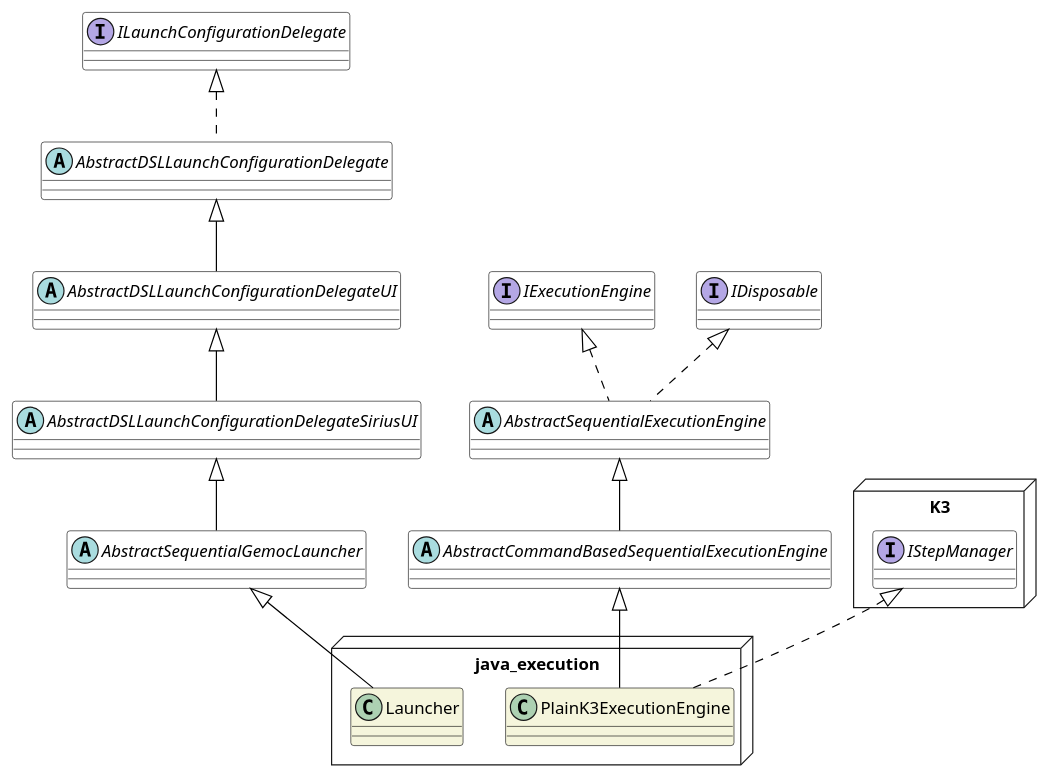
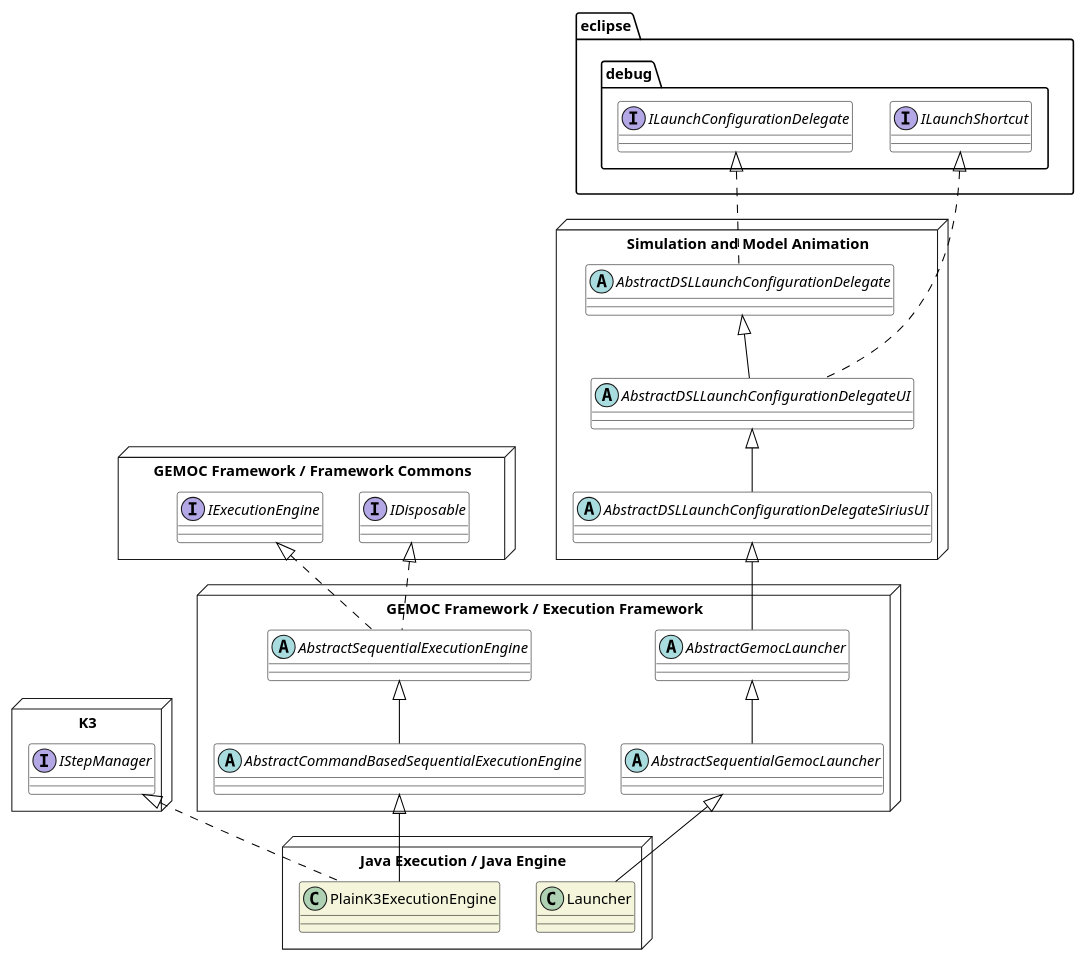
One commit to eclipse-gemoc/gemoc-studio-modeldebugging changed the diagram in framework/execution_framework/docs/dev/images/dev/ExecutionEngine_overview_CD.plantuml. Above: the diagram before and after it, drawn with PlantUML. The commit also changed 7 other files, not shown here.

```diff
--- a/framework/execution_framework/docs/dev/images/dev/ExecutionEngine_overview_CD.plantuml
+++ b/framework/execution_framework/docs/dev/images/dev/ExecutionEngine_overview_CD.plantuml
@@ -1,46 +1,59 @@
 @startuml
 skinparam class {
 	BackgroundColor White
 	ArrowColor Black
 	BorderColor Black
 }
 
 scale max 1024 width
 scale max 800 height
 
-package java_execution <<Node>> {
+package "Java Execution / Java Engine" as java_execution <<Node>> {
 	class PlainK3ExecutionEngine #beige {
 	}  
 	
 	class Launcher #beige {
 	}  
 }
 
 package K3 <<Node>> {
 	interface IStepManager
 }
 
-interface IDisposable
-interface IExecutionEngine
-interface ILaunchConfigurationDelegate
+package "GEMOC Framework / Framework Commons" as framework_commons <<Node>> {
+	interface IDisposable
+	interface IExecutionEngine
+}
+package eclipse.debug {
+	interface ILaunchConfigurationDelegate
+	interface ILaunchShortcut
+}
 
-abstract class AbstractSequentialExecutionEngine
-abstract class AbstractCommandBasedSequentialExecutionEngine
-abstract class AbstractDSLLaunchConfigurationDelegate
-abstract class AbstractDSLLaunchConfigurationDelegateUI
-abstract class AbstractDSLLaunchConfigurationDelegateSiriusUI
-abstract class AbstractSequentialGemocLauncher
+package "GEMOC Framework / Execution Framework" as execution_framework <<Node>> {
+	abstract class AbstractSequentialExecutionEngine
+	abstract class AbstractCommandBasedSequentialExecutionEngine	
+	abstract class AbstractSequentialGemocLauncher
+	abstract class AbstractGemocLauncher
+}
+package "Simulation and Model Animation" as simulation_model_animation <<Node>> {
+	abstract class AbstractDSLLaunchConfigurationDelegate
+	abstract class AbstractDSLLaunchConfigurationDelegateUI
+	abstract class AbstractDSLLaunchConfigurationDelegateSiriusUI
+}
+
 
 IDisposable <|.. AbstractSequentialExecutionEngine 
 IExecutionEngine <|.. AbstractSequentialExecutionEngine 
 AbstractSequentialExecutionEngine <|-- AbstractCommandBasedSequentialExecutionEngine
 AbstractCommandBasedSequentialExecutionEngine <|-- PlainK3ExecutionEngine
 IStepManager <|.. PlainK3ExecutionEngine
 
 ILaunchConfigurationDelegate <|.. AbstractDSLLaunchConfigurationDelegate
+ILaunchShortcut <|.. AbstractDSLLaunchConfigurationDelegateUI
 AbstractDSLLaunchConfigurationDelegate <|-- AbstractDSLLaunchConfigurationDelegateUI 
 AbstractDSLLaunchConfigurationDelegateUI <|-- AbstractDSLLaunchConfigurationDelegateSiriusUI
-AbstractDSLLaunchConfigurationDelegateSiriusUI <|-- AbstractSequentialGemocLauncher
+AbstractDSLLaunchConfigurationDelegateSiriusUI <|-- AbstractGemocLauncher
+AbstractGemocLauncher <|-- AbstractSequentialGemocLauncher
 AbstractSequentialGemocLauncher <|-- Launcher
 
 @enduml
```
